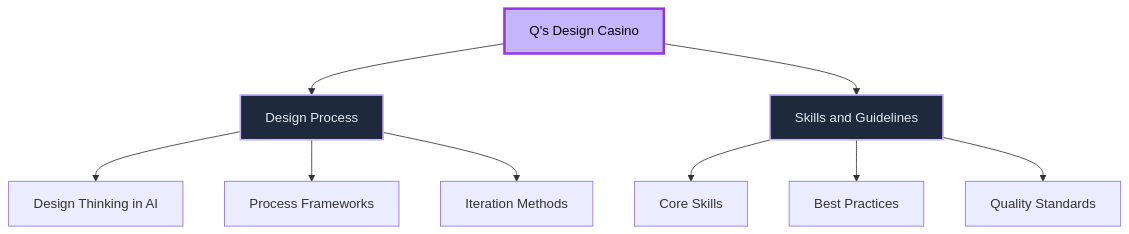
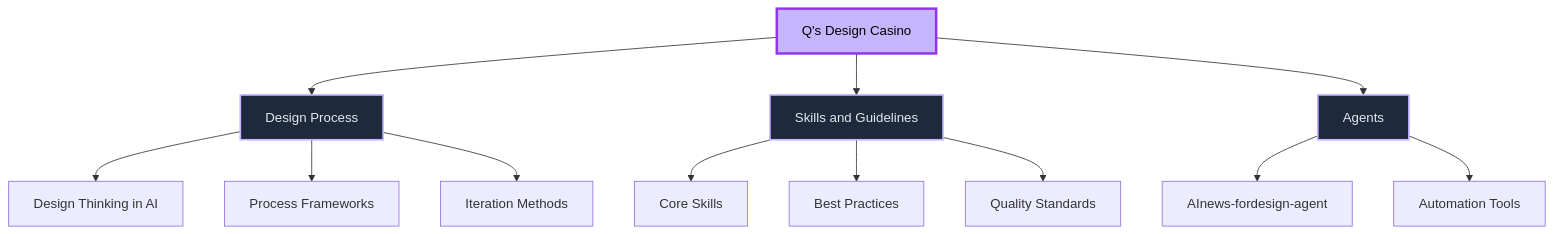
Before and after one commit to Quirinevwm/qs-design-casino: the diagram in README.md, drawn with Mermaid. The commit also changed other lines of this file and 19 other files, not shown here.

First line of the commit message:
Restructure: Move agent to agents folder with intro README

````diff
--- a/README.md
+++ b/README.md
@@ -30,17 +30,22 @@
 ```mermaid
 graph TD
     A[Q's Design Casino] --> B[Design Process]
     A --> C[Skills and Guidelines]
+    A --> D[Agents]
     
     B --> B1[Design Thinking in AI]
     B --> B2[Process Frameworks]
     B --> B3[Iteration Methods]
     
     C --> C1[Core Skills]
     C --> C2[Best Practices]
     C --> C3[Quality Standards]
     
+    D --> D1[AInews-fordesign-agent]
+    D --> D2[Automation Tools]
+    
     style A fill:#c4b5fd,stroke:#9333ea,stroke-width:3px,color:#000
     style B fill:#1e293b,stroke:#c4b5fd,stroke-width:2px,color:#e2e8f0
     style C fill:#1e293b,stroke:#c4b5fd,stroke-width:2px,color:#e2e8f0
+    style D fill:#1e293b,stroke:#c4b5fd,stroke-width:2px,color:#e2e8f0
 ```
````
